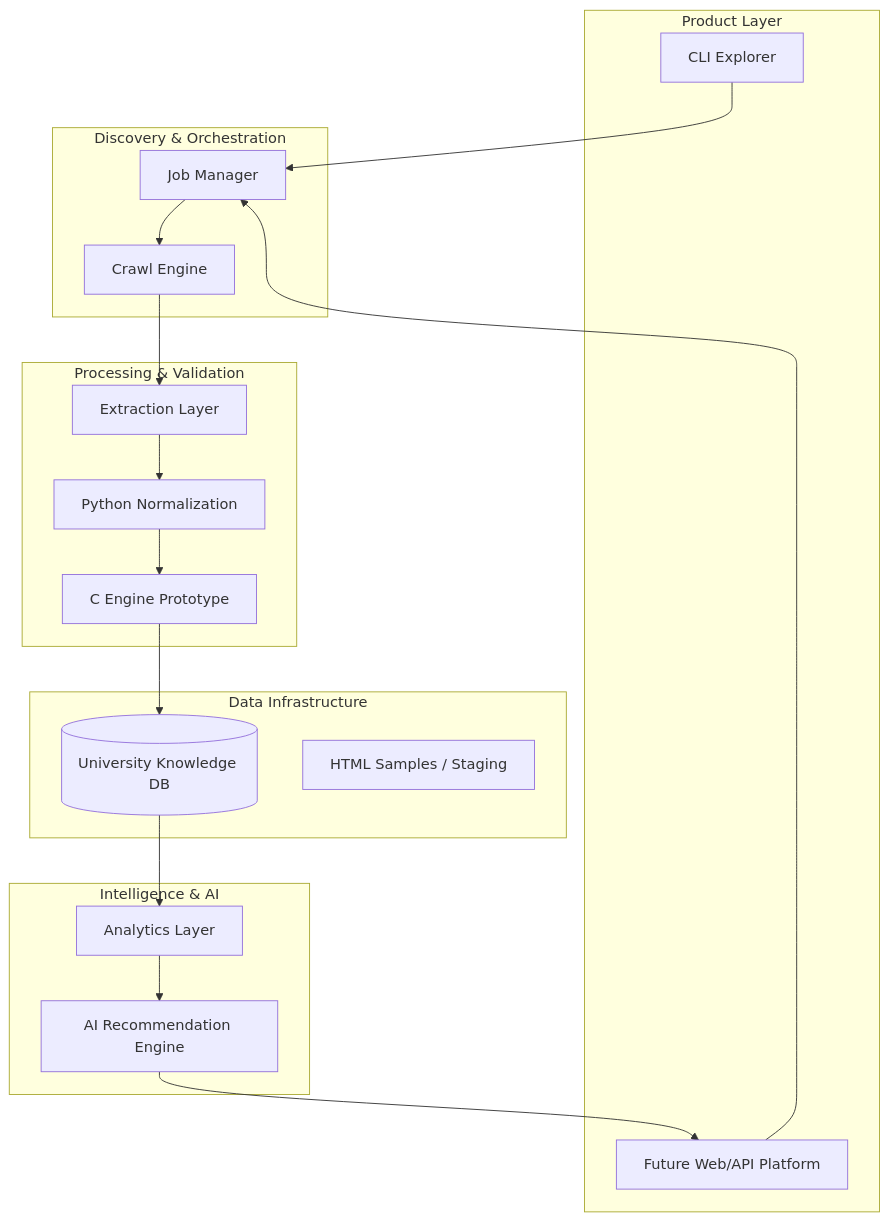
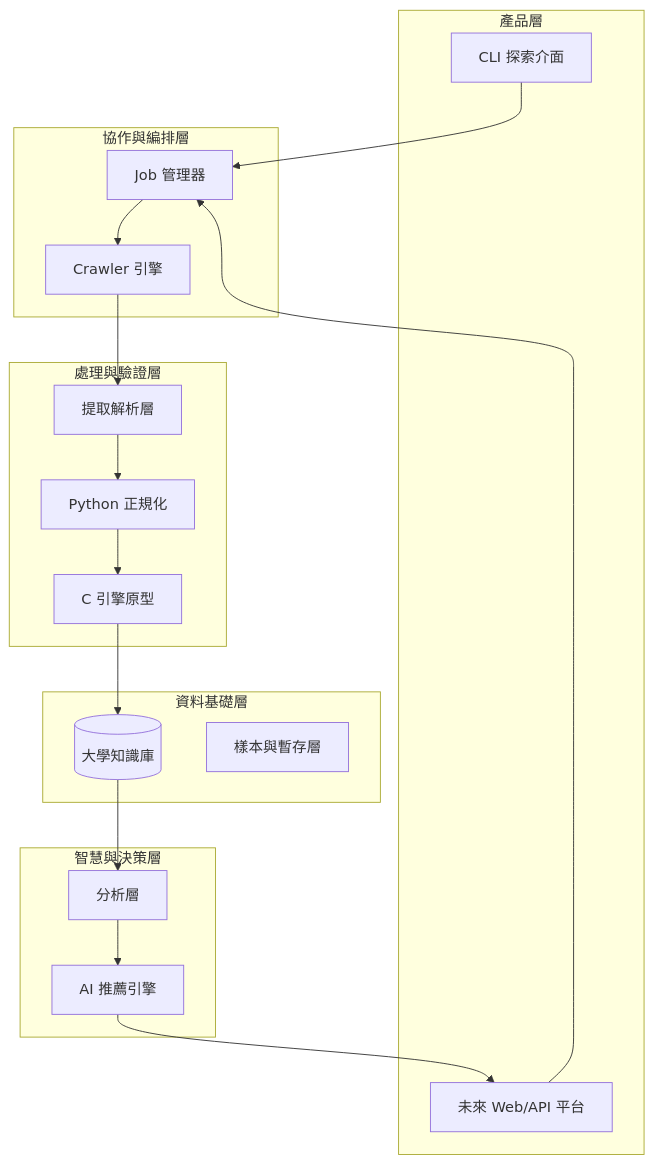
The first of 4 diagrams in MASTER_PROJECT_PLAN.md (heinricitorgau/CrawlerNest), drawn with Mermaid before and after one commit. The commit also changed other lines of this file, not shown here.

````diff
--- a/MASTER_PROJECT_PLAN.md
+++ b/MASTER_PROJECT_PLAN.md
@@ -66,39 +74,39 @@
 ```mermaid
 graph TD
-    subgraph "Product Layer"
-        CLI[CLI Explorer]
-        WEB[Future Web/API Platform]
+    subgraph "產品層"
+        CLI[CLI 探索介面]
+        WEB[未來 Web/API 平台]
     end
 
-    subgraph "Discovery & Orchestration"
-        JOBS[Job Manager]
-        CRAWL[Crawl Engine]
+    subgraph "協作與編排層"
+        JOBS[Job 管理器]
+        CRAWL[Crawler 引擎]
     end
 
-    subgraph "Processing & Validation"
-        EXT[Extraction Layer]
-        NORM_PY[Python Normalization]
-        NORM_C[C Engine Prototype]
+    subgraph "處理與驗證層"
+        EXT[提取解析層]
+        NORM_PY[Python 正規化]
+        NORM_C[C 引擎原型]
     end
 
-    subgraph "Data Infrastructure"
-        KB[(University Knowledge DB)]
-        SAMP[HTML Samples / Staging]
+    subgraph "資料基礎層"
+        KB[(大學知識庫)]
+        SAMP[樣本與暫存層]
     end
 
-    subgraph "Intelligence & AI"
-        ANA[Analytics Layer]
-        REC[AI Recommendation Engine]
+    subgraph "智慧與決策層"
+        ANA[分析層]
+        REC[AI 推薦引擎]
     end
 
     CLI --> JOBS
     WEB --> JOBS
     JOBS --> CRAWL
     CRAWL --> EXT
     EXT --> NORM_PY
     NORM_PY --> NORM_C
     NORM_C --> KB
     KB --> ANA
     ANA --> REC
     REC --> WEB
 ```
````
